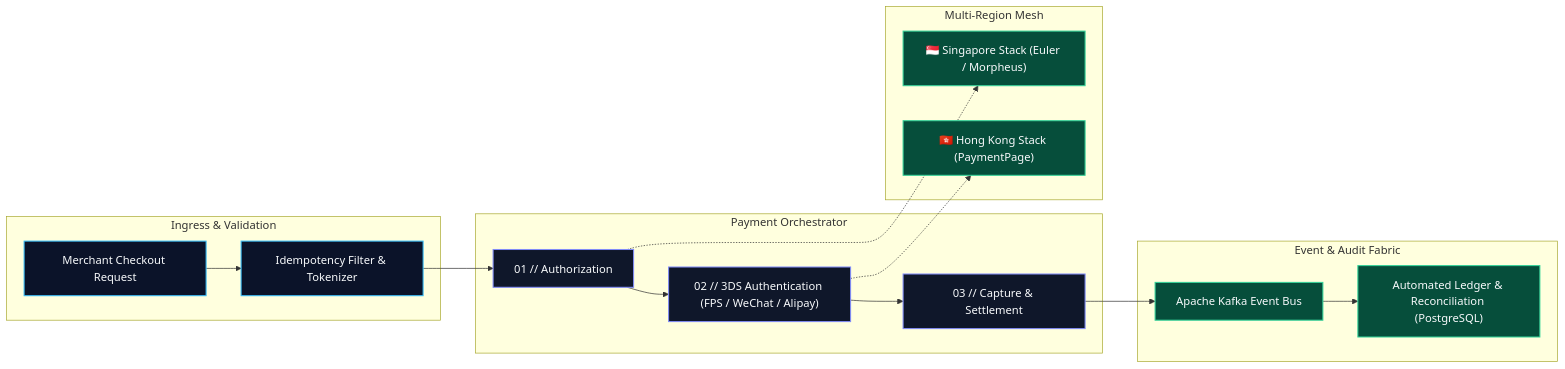
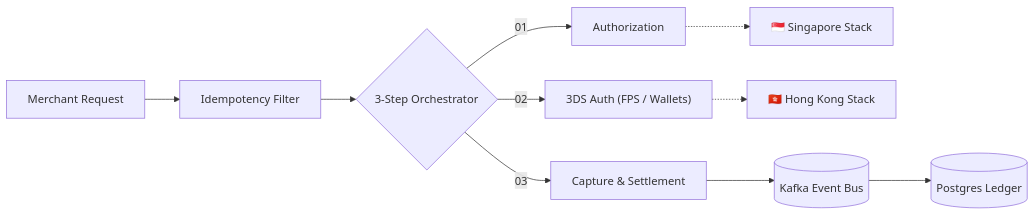
The diagram in README.md (vjsujal/vjsujal), drawn with Mermaid before and after one commit. The commit also changed other lines of this file and 4 other files, not shown here.

Commit message:
style: refine profile to architectural minimalist editorial design

````diff
--- a/README.md
+++ b/README.md
@@ -50,29 +50,12 @@
 ```mermaid
 flowchart LR
-    subgraph INGRESS ["Ingress & Validation"]
-        REQ["Merchant Checkout Request"] --> IDEM["Idempotency Filter & Tokenizer"]
-    end
-
-    subgraph ORCHESTRATOR ["Payment Orchestrator"]
-        IDEM --> STEP1["01 // Authorization"]
-        STEP1 --> STEP2["02 // 3DS Authentication (FPS / WeChat / Alipay)"]
-        STEP2 --> STEP3["03 // Capture & Settlement"]
-    end
-
-    subgraph MESH ["Multi-Region Mesh"]
-        STEP1 -.-> SG["🇸🇬 Singapore Stack (Euler / Morpheus)"]
-        STEP2 -.-> HK["🇭🇰 Hong Kong Stack (PaymentPage)"]
-    end
-
-    subgraph FABRIC ["Event & Audit Fabric"]
-        STEP3 --> KAFKA["Apache Kafka Event Bus"]
-        KAFKA --> RECON["Automated Ledger & Reconciliation (PostgreSQL)"]
-    end
-
-    classDef primary fill:#0b1329,stroke:#38bdf8,stroke-width:1.5px,color:#f8fafc;
-    classDef accent fill:#0f172a,stroke:#818cf8,stroke-width:1.5px,color:#f8fafc;
-    classDef success fill:#064e3b,stroke:#34d399,stroke-width:1.5px,color:#f8fafc;
-    class REQ,IDEM primary;
-    class STEP1,STEP2,STEP3 accent;
-    class SG,HK,KAFKA,RECON success;
+    REQ["Merchant Request"] --> IDEM["Idempotency Filter"]
+    IDEM --> ORCH{"3-Step Orchestrator"}
+    ORCH -->|01| AUTH["Authorization"]
+    ORCH -->|02| THREE_DS["3DS Auth (FPS / Wallets)"]
+    ORCH -->|03| CAPTURE["Capture & Settlement"]
+    AUTH -.-> SG["🇸🇬 Singapore Stack"]
+    THREE_DS -.-> HK["🇭🇰 Hong Kong Stack"]
+    CAPTURE --> KAFKA[("Kafka Event Bus")]
+    KAFKA --> RECON[("Postgres Ledger")]
 ```
````
